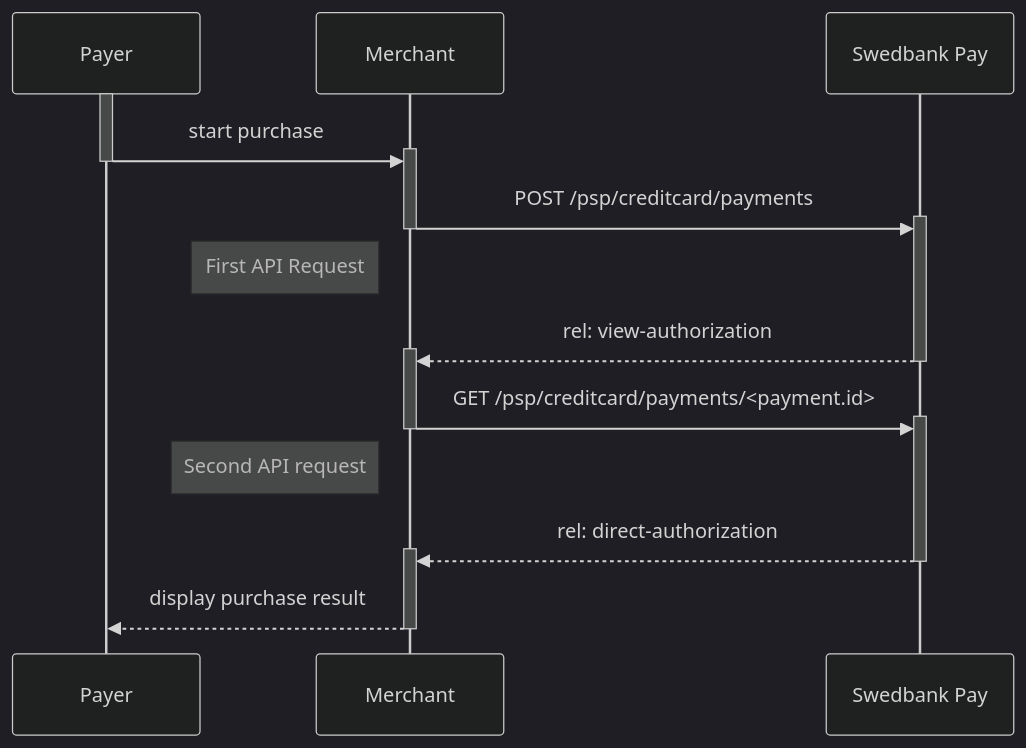
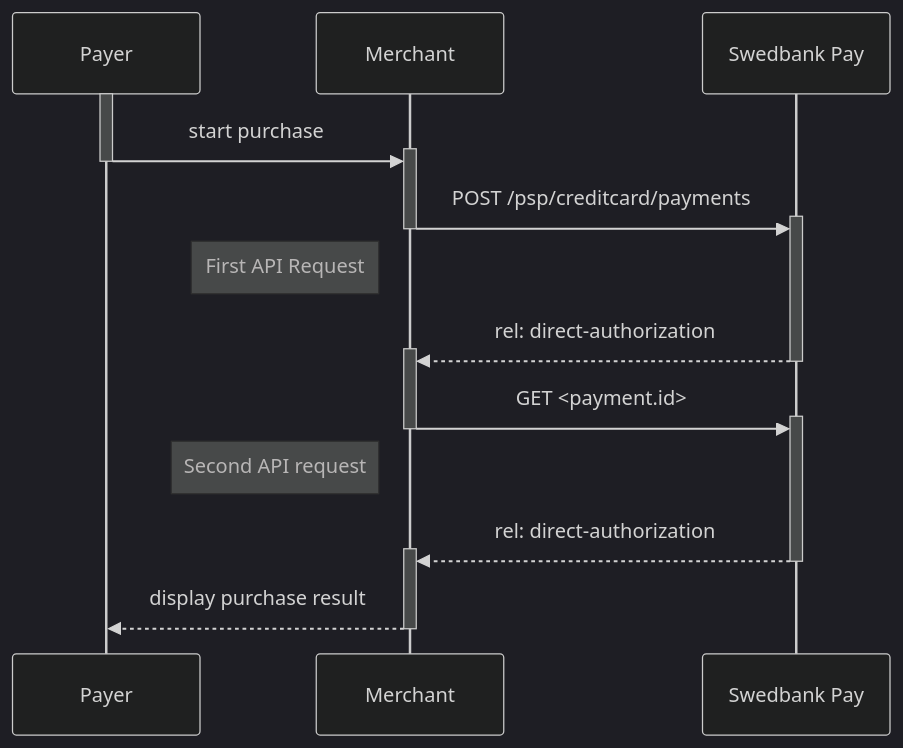
One commit to SwedbankPay/developer.swedbankpay.com changed the first of 2 diagrams in payments/credit-card/direct.md. Above: the diagram before and after it, drawn with Mermaid (dark theme). The commit also changed other lines of this file, not shown here.

````diff
--- a/payments/credit-card/direct.md
+++ b/payments/credit-card/direct.md
@@ -51,21 +54,21 @@
 ```mermaid
 sequenceDiagram
     participant Payer
     participant Merchant
     participant SwedbankPay as Swedbank Pay
 
     activate Payer
     Payer->>+Merchant: start purchase
     deactivate Payer
     Merchant->>+SwedbankPay: POST /psp/creditcard/payments
     deactivate Merchant
     note left of Merchant: First API Request
-    SwedbankPay-->>+Merchant: rel: view-authorization
+    SwedbankPay-->>+Merchant: rel: direct-authorization
     deactivate SwedbankPay
-    Merchant->>+SwedbankPay: GET /psp/creditcard/payments/<payment.id>
+    Merchant->>+SwedbankPay: GET <payment.id>
     deactivate Merchant
     note left of Merchant: Second API request
     SwedbankPay-->>+Merchant: rel: direct-authorization
     deactivate SwedbankPay
     Merchant-->>-Payer: display purchase result
 ```
````
